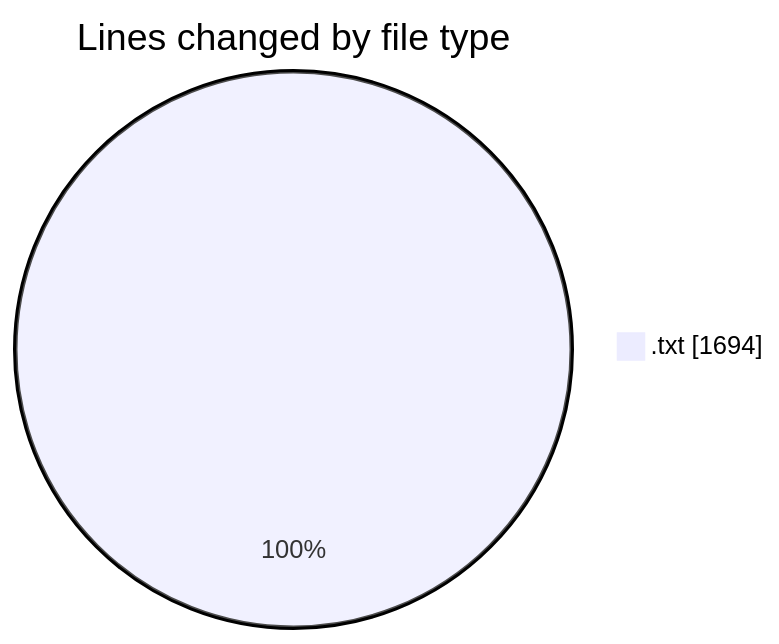
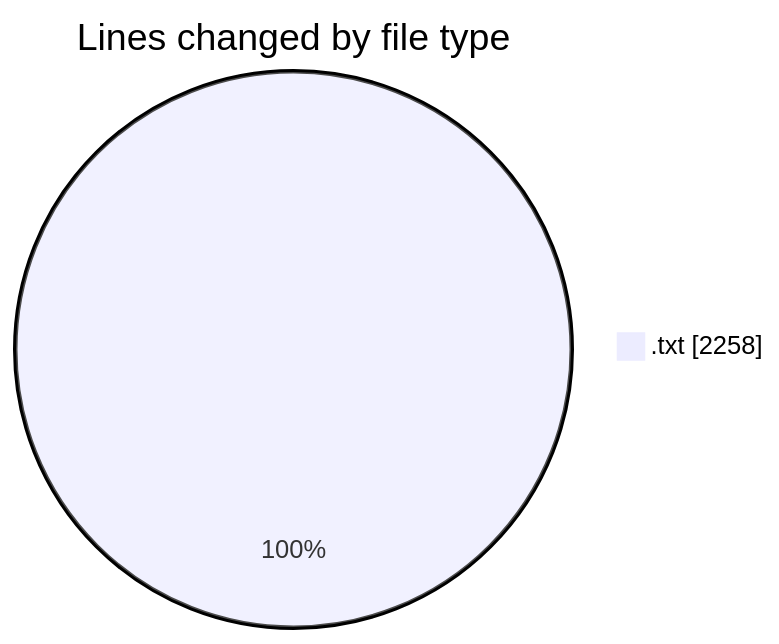
The first of 2 diagrams in 2026-11-18/cilreports__workspace_/README.md (ricardozamudiocil/code-tracking), drawn with Mermaid before and after one commit. The commit also changed other lines of this file and 1 other file, not shown here.

````diff
--- a/2026-11-18/cilreports__workspace_/README.md
+++ b/2026-11-18/cilreports__workspace_/README.md
@@ -20,5 +20,5 @@
 ```mermaid
 pie showData
 title Lines changed by file type
-".txt" : 1694
+".txt" : 2258
 ```
````
